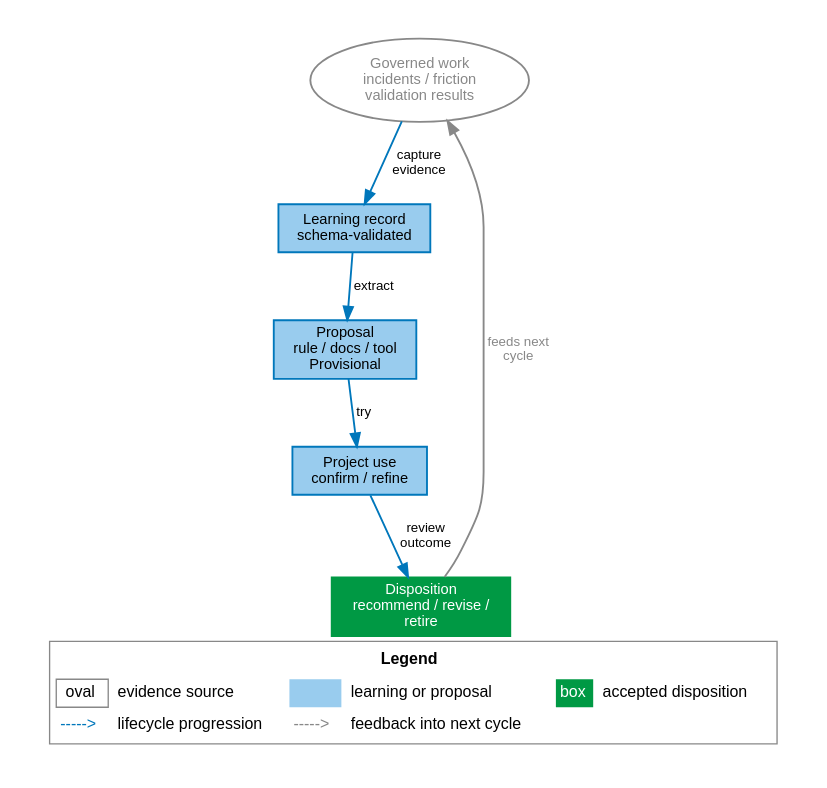
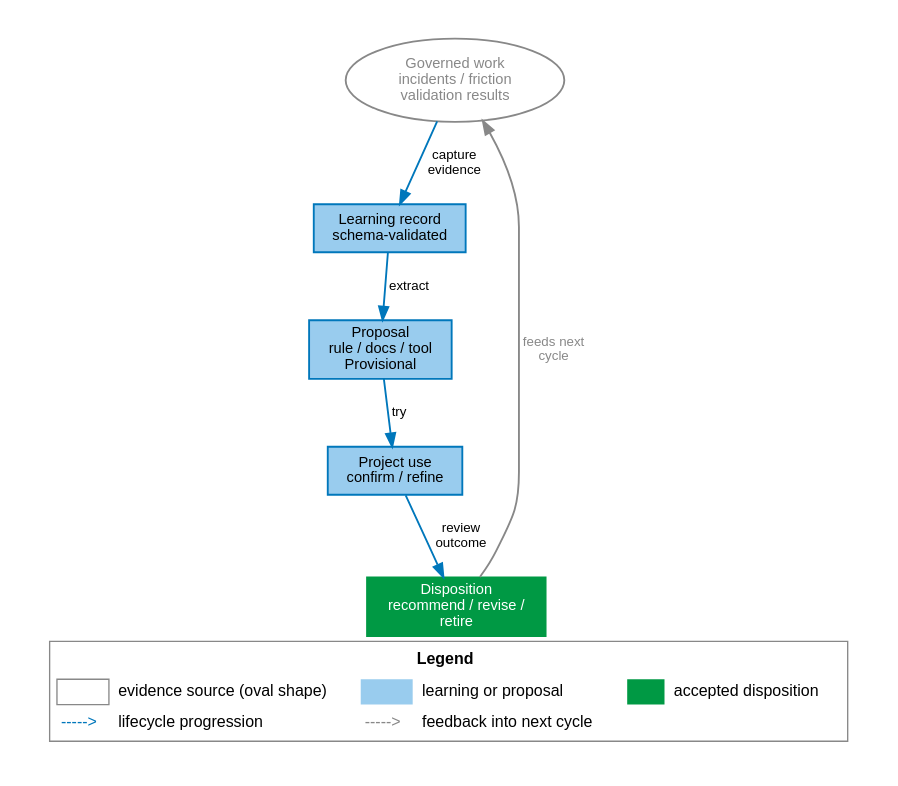
One commit to janipaijanen/agf-mirror changed the diagram in agf/docs/figures/src/learning-loop.dot. Above: the diagram before and after it, drawn with Graphviz. The commit also changed 15 other files, not shown here.

First line of the commit message:
fix: remove leftover shape-name text from diagram legend swatches

```diff
--- a/agf/docs/figures/src/learning-loop.dot
+++ b/agf/docs/figures/src/learning-loop.dot
@@ -1,41 +1,41 @@
 // SPDX-License-Identifier: CC-BY-SA-4.0
 // agents-govern: evidence-driven learning loop
 // Generate: dot -Tsvg learning-loop.dot -o ../learning-loop.svg
 digraph learning_loop {
     graph [rankdir=TB, splines=spline, pad=0.3, nodesep=0.35, ranksep=0.55,
            bgcolor=white, fontname="Helvetica", fontsize=12, labelloc=b, label=<
         <TABLE BORDER="1" CELLBORDER="0" CELLSPACING="4" CELLPADDING="3" COLOR="#888888" BGCOLOR="white">
             <TR><TD COLSPAN="6"><B>Legend</B></TD></TR>
             <TR>
-                <TD BORDER="1" COLOR="#888888" WIDTH="28">oval</TD><TD ALIGN="LEFT">evidence source</TD>
+                <TD BORDER="1" COLOR="#888888" WIDTH="28"></TD><TD ALIGN="LEFT">evidence source (oval shape)</TD>
                 <TD BGCOLOR="#99CCEE" WIDTH="28"></TD><TD ALIGN="LEFT">learning or proposal</TD>
-                <TD BGCOLOR="#009944" WIDTH="28"><FONT COLOR="white">box</FONT></TD><TD ALIGN="LEFT">accepted disposition</TD>
+                <TD BGCOLOR="#009944" WIDTH="28"></TD><TD ALIGN="LEFT">accepted disposition</TD>
             </TR>
             <TR>
                 <TD><FONT COLOR="#0077BB">-----&gt;</FONT></TD><TD ALIGN="LEFT">lifecycle progression</TD>
                 <TD><FONT COLOR="#888888">-----&gt;</FONT></TD><TD ALIGN="LEFT">feedback into next cycle</TD>
                 <TD></TD><TD></TD>
             </TR>
         </TABLE>
     >]
     node  [fontname="Helvetica", fontsize=11, style=filled, shape=box,
            fillcolor="#99CCEE", color="#0077BB", penwidth=1.4]
     edge  [fontname="Helvetica", fontsize=10, color="#0077BB", penwidth=1.4]
 
     work [label="Governed work\nincidents / friction\nvalidation results",
           shape=ellipse, fillcolor=white, color="#888888",
           fontcolor="#888888"]
     record [label="Learning record\nschema-validated"]
     proposal [label="Proposal\nrule / docs / tool\nProvisional"]
     use [label="Project use\nconfirm / refine"]
     disposition [label="Disposition\nrecommend / revise /\nretire",
                  fillcolor="#009944", fontcolor=white, color="#009944"]
 
     work -> record [label="capture\nevidence"]
     record -> proposal [label="extract"]
     proposal -> use [label="try"]
     use -> disposition [label="review\noutcome"]
     disposition -> work [label="feeds next\ncycle", color="#888888",
                          fontcolor="#888888"]
 
 }
```
